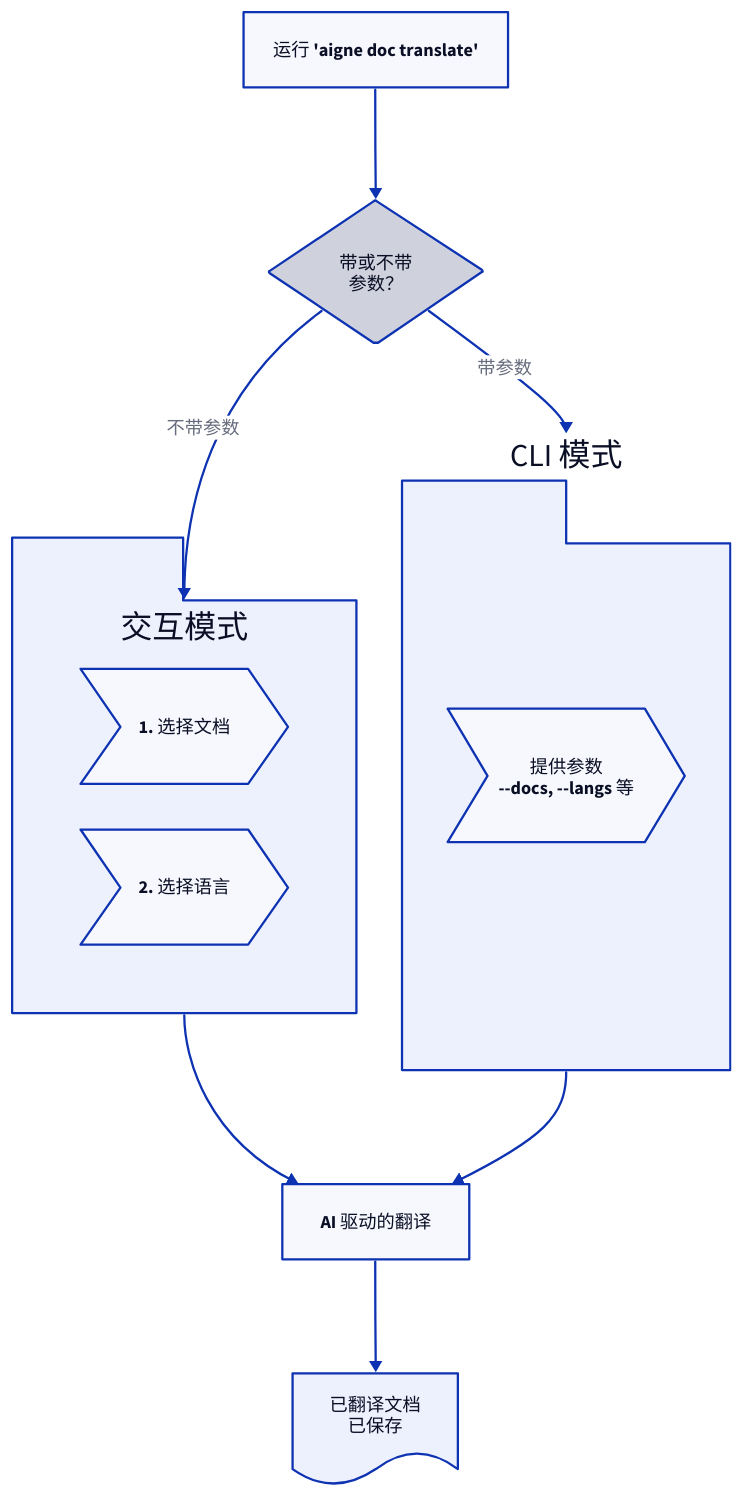
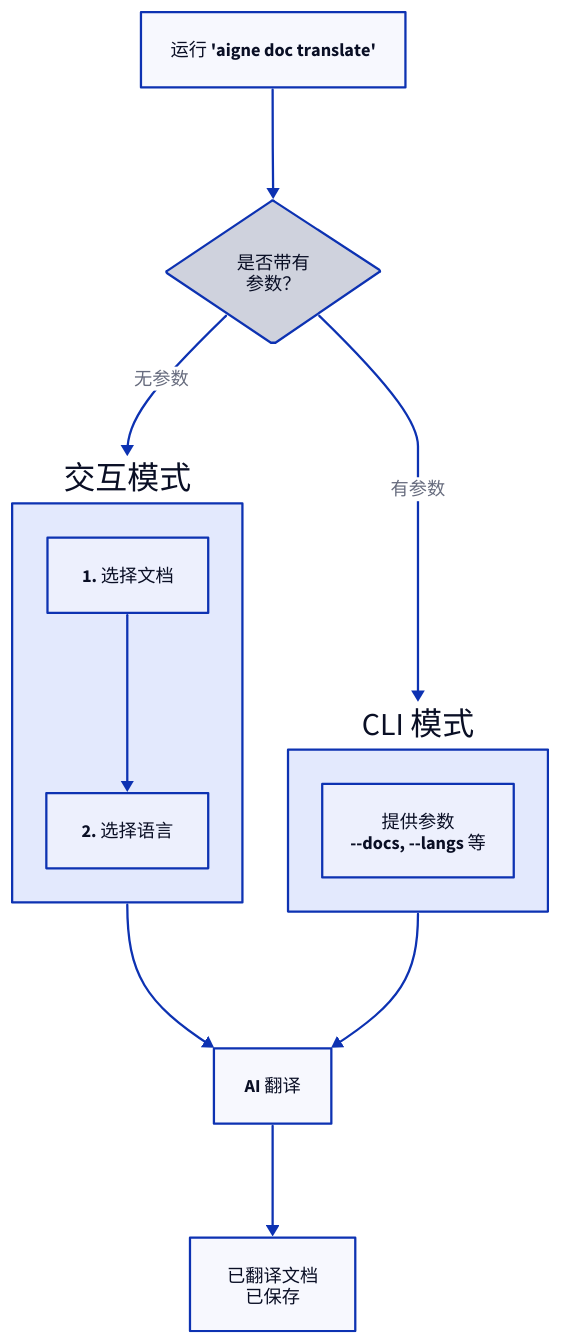
Before and after one commit to AIGNE-io/aigne-doc-smith: the diagram in docs/features-translate-documentation.zh.md, drawn with D2. The commit also changed other lines of this file and 35 other files, not shown here.

````diff
--- a/docs/features-translate-documentation.zh.md
+++ b/docs/features-translate-documentation.zh.md
@@ -13,55 +9,55 @@
 ```d2
 direction: down
 
 start: {
   label: "运行 'aigne doc translate'"
   shape: rectangle
 }
 
 interactive_vs_cli: {
-  label: "带或不带\n参数？"
+  label: "是否带有\n参数？"
   shape: diamond
 }
 
 interactive_path: {
   label: "交互模式"
-  shape: package
-  grid-columns: 1
+  shape: rectangle
 
   select_docs: {
     label: "1. 选择文档"
-    shape: step
+    shape: rectangle
   }
   select_langs: {
     label: "2. 选择语言"
-    shape: step
+    shape: rectangle
   }
+  select_docs -> select_langs
 }
 
 cli_path: {
   label: "CLI 模式"
-  shape: package
+  shape: rectangle
 
   flags: {
     label: "提供参数\n--docs, --langs 等"
-    shape: step
+    shape: rectangle
   }
 }
 
 ai_translation: {
-  label: "AI 驱动的翻译"
+  label: "AI 翻译"
   shape: rectangle
 }
 
 end: {
   label: "已翻译文档\n已保存"
-  shape: document
+  shape: rectangle
 }
 
 start -> interactive_vs_cli
-interactive_vs_cli -> interactive_path: "不带参数"
-interactive_vs_cli -> cli_path: "带参数"
+interactive_vs_cli -> interactive_path: "无参数"
+interactive_vs_cli -> cli_path: "有参数"
 interactive_path -> ai_translation
 cli_path -> ai_translation
 ai_translation -> end
 ```
````
